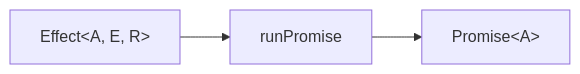
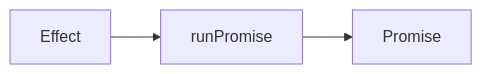
One commit to derangga/anak-intern changed the diagram in learning/content/01-why-effect.md. Above: the diagram before and after it, drawn with Mermaid. The commit also changed 4 other files, not shown here.

````diff
--- a/learning/content/01-why-effect.md
+++ b/learning/content/01-why-effect.md
@@ -31,5 +31,5 @@
 ```mermaid
 flowchart LR
-  A[Effect&lt;A, E, R&gt;] --> B[runPromise]
-  B --> C[Promise&lt;A&gt;]
+  A["Effect<A, E, R>"] --> B["runPromise"]
+  B --> C["Promise<A>"]
 ```
````
